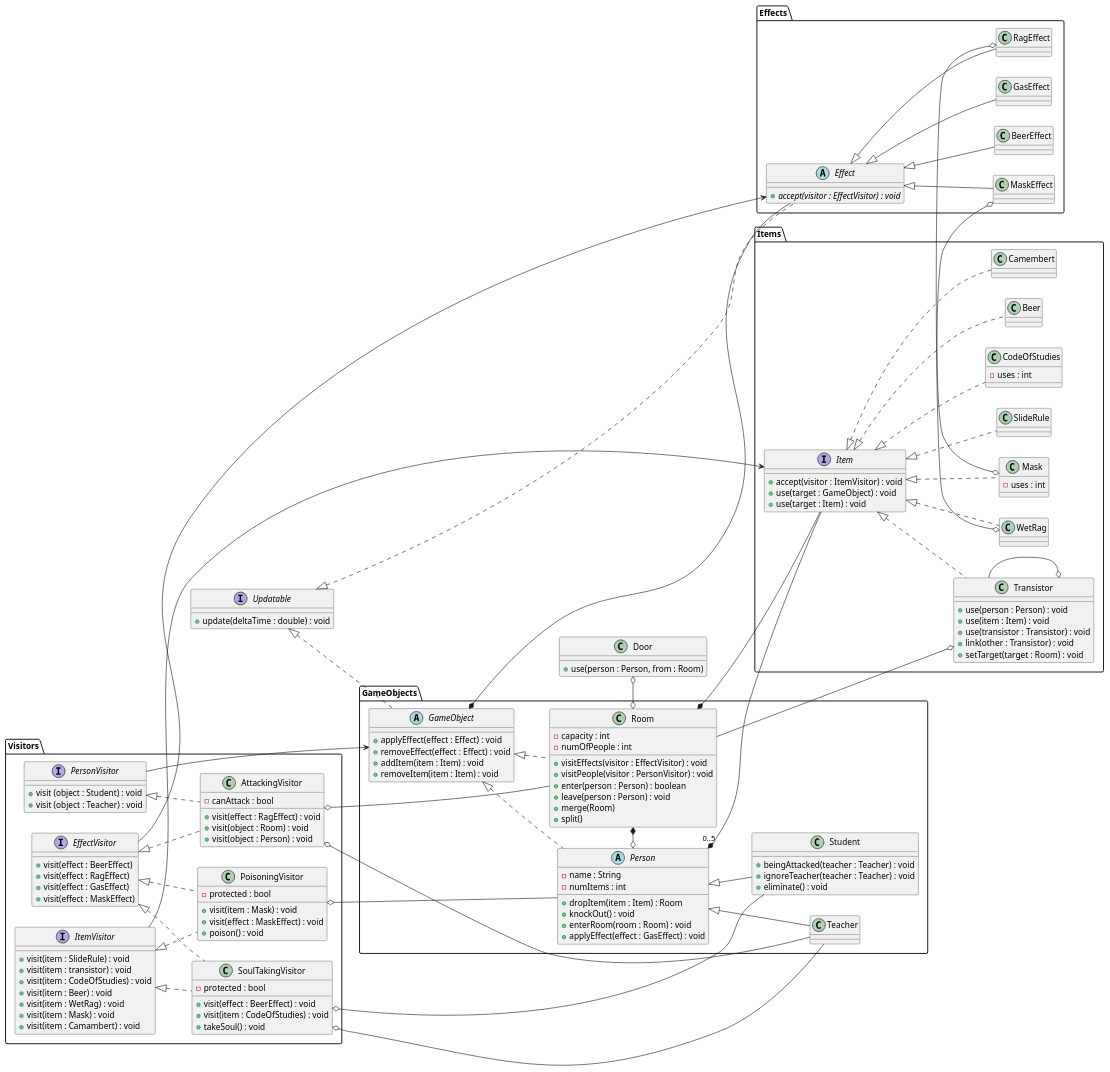
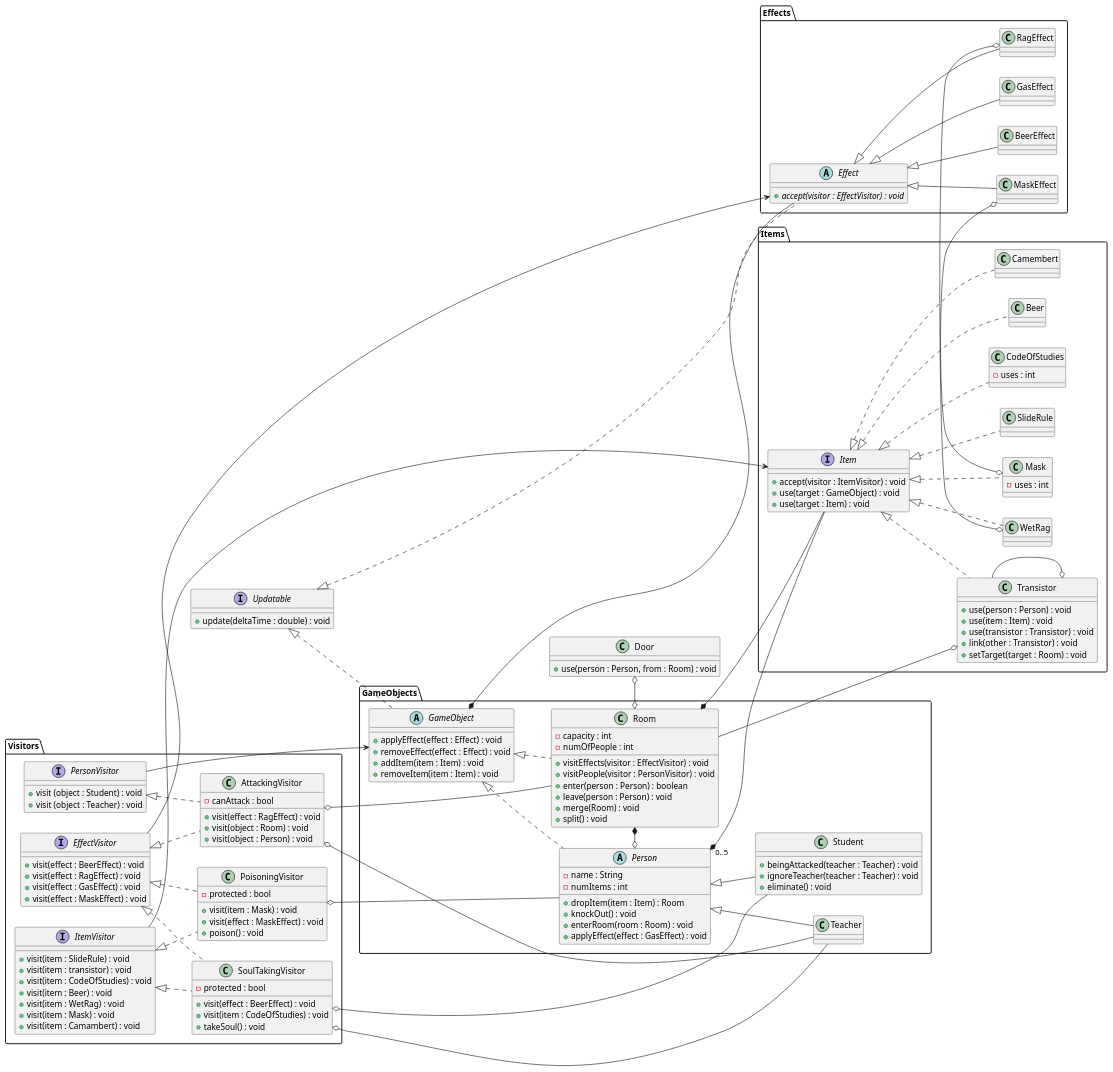
One commit to sn4k3ch4rm3r/logarlec changed the diagram in docs/diagrams/class/overview.puml. Above: the diagram before and after it, drawn with PlantUML.

Commit message:
Missing function types

```diff
--- a/docs/diagrams/class/overview.puml
+++ b/docs/diagrams/class/overview.puml
@@ -1,192 +1,192 @@
 @startuml effects
 
 left to right direction
 
 interface Updatable {
 	+ update(deltaTime : double) : void
 }
 
 package Visitors {
 	interface EffectVisitor {
-		+ visit(effect : BeerEffect)
-		+ visit(effect : RagEffect)
-		+ visit(effect : GasEffect)
-		+ visit(effect : MaskEffect)
+		+ visit(effect : BeerEffect) : void
+		+ visit(effect : RagEffect) : void
+		+ visit(effect : GasEffect) : void
+		+ visit(effect : MaskEffect) : void
 	}
 	interface ItemVisitor {
 		+ visit(item : SlideRule) : void
 		+ visit(item : transistor) : void
 		+ visit(item : CodeOfStudies) : void
 		+ visit(item : Beer) : void
 		+ visit(item : WetRag) : void
 		+ visit(item : Mask) : void
 		+ visit(item : Camambert) : void
 	}
 	interface PersonVisitor {
 		+ visit (object : Student) : void
 		+ visit (object : Teacher) : void
 	}
 
 	class SoulTakingVisitor {
 		- protected : bool
 		+ visit(effect : BeerEffect) : void
 		+ visit(item : CodeOfStudies) : void
 		+ takeSoul() : void
 	}
 	class PoisoningVisitor {
 		- protected : bool
 		+ visit(item : Mask) : void
 		+ visit(effect : MaskEffect) : void
 		+ poison() : void
 	}
 	class AttackingVisitor {
 		- canAttack : bool
 		+ visit(effect : RagEffect) : void
 		+ visit(object : Room) : void
 		+ visit(object : Person) : void
 	}
 }
 
 package GameObjects {
 	abstract GameObject {
 		+ applyEffect(effect : Effect) : void
 		+ removeEffect(effect : Effect) : void
 		+ addItem(item : Item) : void
 		+ removeItem(item : Item) : void
 	}
 
 	abstract Person {
 		- name : String
 		- numItems : int
 		+ dropItem(item : Item) : Room
 		+ knockOut() : void
 		+ enterRoom(room : Room) : void
 		+ applyEffect(effect : GasEffect) : void
 	}
 
 	class Student {
 		+ beingAttacked(teacher : Teacher) : void
 		+ ignoreTeacher(teacher : Teacher) : void
 		+ eliminate() : void
 	}
 	class Teacher {
 		
 	}
 
 	class Room {
 		- capacity : int
 		- numOfPeople : int
 		+ visitEffects(visitor : EffectVisitor) : void
 		+ visitPeople(visitor : PersonVisitor) : void
 		+ enter(person : Person) : boolean
 		+ leave(person : Person) : void
-		+ merge(Room)
-		+ split()
+		+ merge(Room) : void
+		+ split() : void
 	}
 }
 
 class Door {
-    +use(person : Person, from : Room)
+    +use(person : Person, from : Room) : void
 }
 
 package Items {
 	interface Item {
 		+ accept(visitor : ItemVisitor) : void
 		+ use(target : GameObject) : void
 		+ use(target : Item) : void
 	}
 	class SlideRule
 	class Transistor {
 		+ use(person : Person) : void
 		+ use(item : Item) : void
 		+ use(transistor : Transistor) : void
 		+ link(other : Transistor) : void
 		+ setTarget(target : Room) : void
 	}
 	class CodeOfStudies {
 		- uses : int
 	}
 	class Beer {
 	}
 	class WetRag {
 	}
 	class Mask {
 		- uses : int
 	}
 	class Camembert {
 	}
 }
 
 package Effects {
 	abstract Effect {
 		{abstract} + accept(visitor : EffectVisitor) : void
 
 	}
 
 	class BeerEffect
 	class RagEffect
 	class GasEffect
 	class MaskEffect
 }
 
 together {
 	Effect <|-- BeerEffect
 	Effect <|-- RagEffect
 	Effect <|-- GasEffect
 	Effect <|-- MaskEffect
 }
 
 together {
 	Item <|.- SlideRule
 	Item <|.- Transistor
 	Item <|.- CodeOfStudies
 	Item <|.- Beer
 	Item <|.- WetRag
 	Item <|.- Mask
 	Item <|.- Camembert
 }
 
 Updatable <|.- GameObject
 Updatable <|.- Effect
 GameObject <|.- Person
 GameObject <|.- Room
 Person <|-- Teacher
 Person <|-- Student
 
 
 GameObject *- Effect
 
 Room *-o Person
 Room *-- Item
 
 Person "0..5" *- Item
 
 ItemVisitor <|.- SoulTakingVisitor
 EffectVisitor <|.- SoulTakingVisitor
 
 ItemVisitor <|.- PoisoningVisitor
 EffectVisitor <|.- PoisoningVisitor
 
 EffectVisitor <|.- AttackingVisitor
 PersonVisitor <|.- AttackingVisitor
 
 PersonVisitor ---> GameObject
 EffectVisitor ---> Effect
 ItemVisitor ---> Item
 
 Transistor --o Transistor
 Room --o Transistor
 
 SoulTakingVisitor o-- Teacher
 SoulTakingVisitor o-- Student
 
 PoisoningVisitor o-- Person
 
 AttackingVisitor o-- Teacher
 AttackingVisitor o-- Room
 
 Room o-o Door
 
 WetRag o-o RagEffect
 Mask o-o MaskEffect
 @enduml
```
